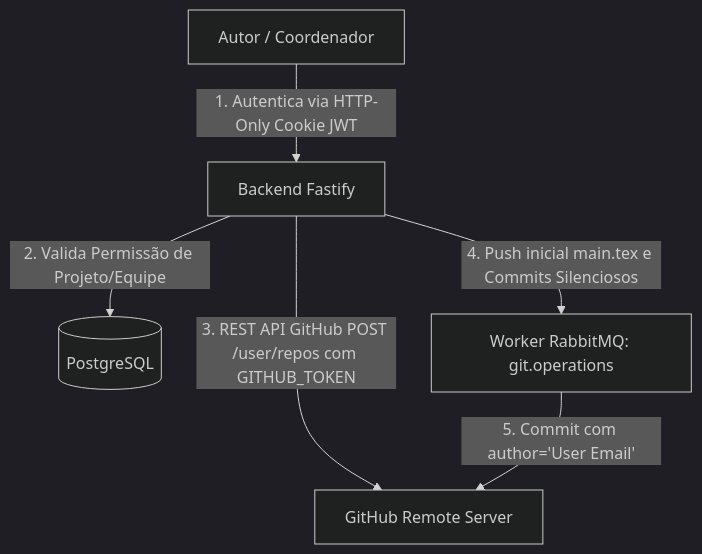
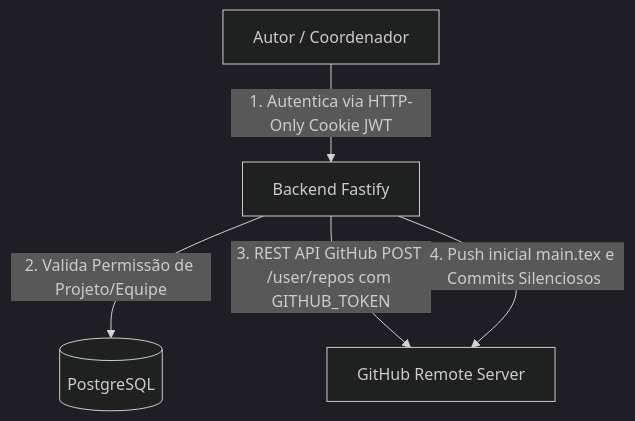
One commit to Digital-Analytics-Apps/sci-latex-vscode-ai changed the second of 2 diagrams in docs/planning/specs.md. Above: the diagram before and after it, drawn with Mermaid (dark theme). The commit also changed other lines of this file and 30 other files, not shown here.

First line of the commit message:
feat(reviewer): integrate VS Code Web GitHub PR extension & fix TypeScript build errors

````diff
--- a/docs/planning/specs.md
+++ b/docs/planning/specs.md
@@ -60,8 +61,7 @@
 ```mermaid
 graph TD
     User[Autor / Coordenador] -->|1. Autentica via HTTP-Only Cookie JWT| API[Backend Fastify]
     API -->|2. Valida Permissão de Projeto/Equipe| DB[(PostgreSQL)]
     API -->|3. REST API GitHub POST /user/repos com GITHUB_TOKEN| GitHub[GitHub Remote Server]
-    API -->|4. Push inicial main.tex e Commits Silenciosos| WorkerGit[Worker RabbitMQ: git.operations]
-    WorkerGit -->|5. Commit com author='User Email'| GitHub
+    API -->|4. Push inicial main.tex e Commits Silenciosos| GitHub
 ```
````
